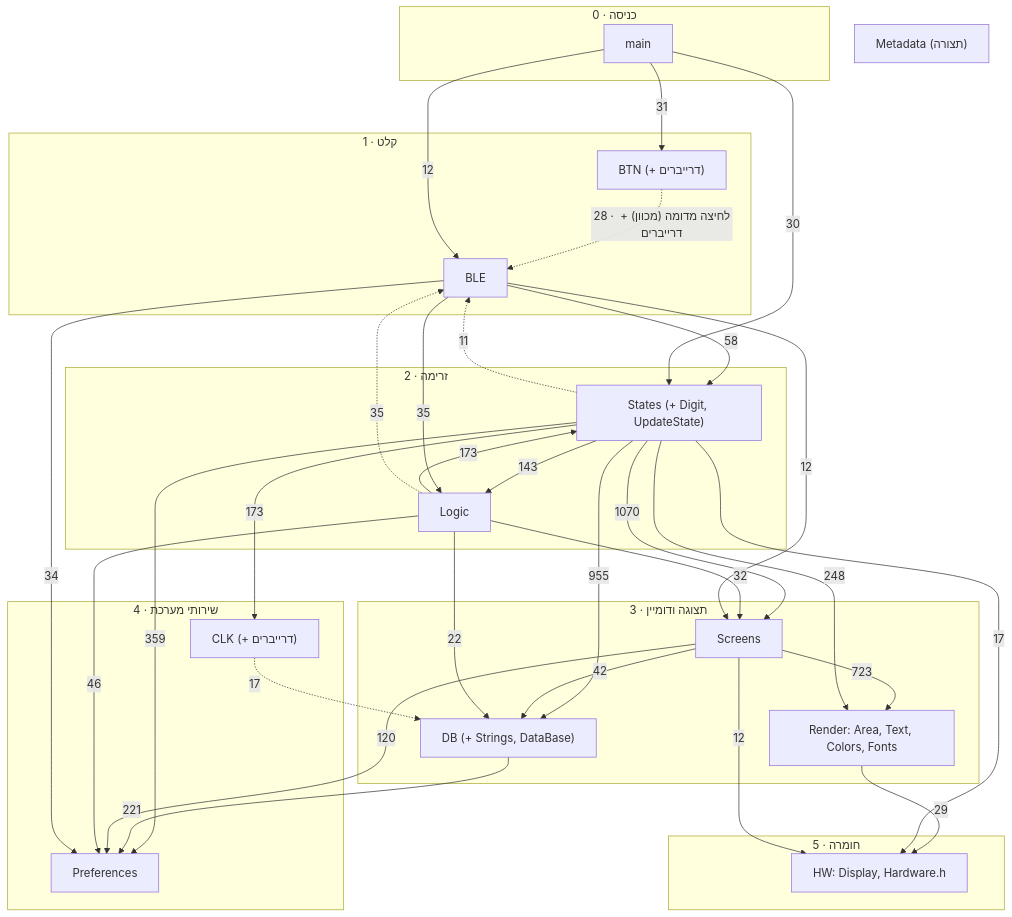
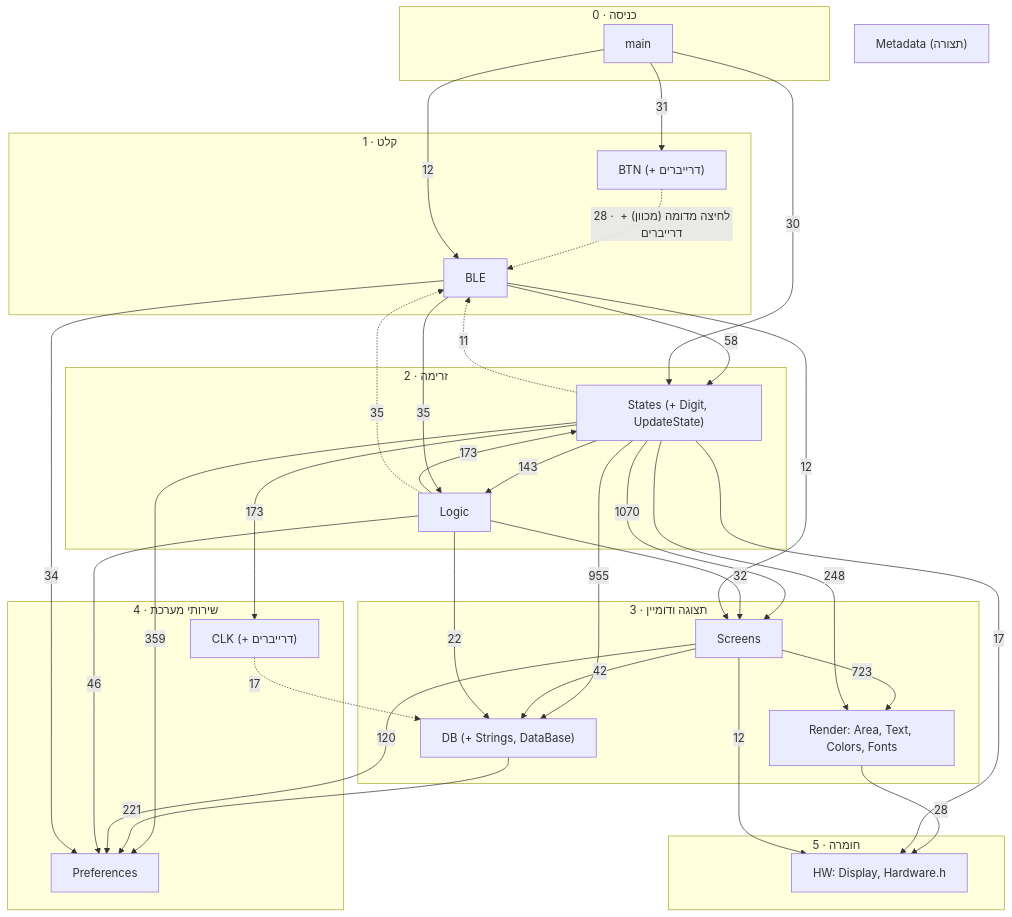
The first of 9 diagrams in docs/architecture/dependencies.md (yeudap/ledhaarets-fw), drawn with Mermaid before and after one commit. The commit also changed other lines of this file and 5 other files, not shown here.

````diff
--- a/docs/architecture/dependencies.md
+++ b/docs/architecture/dependencies.md
@@ -124,56 +124,56 @@
 ```mermaid
 flowchart TD
   subgraph L0["0 · כניסה"]
     MAIN["main"]
   end
   subgraph L1["1 · קלט"]
     BLE["BLE"]
     BTN["BTN (+ דרייברים)"]
   end
   subgraph L2["2 · זרימה"]
     LOGIC["Logic"]
     STATES["States (+ Digit, UpdateState)"]
   end
   subgraph L3["3 · תצוגה ודומיין"]
     SCREENS["Screens"]
     RENDER["Render: Area, Text, Colors, Fonts"]
     DB["DB (+ Strings, DataBase)"]
   end
   subgraph L4["4 · שירותי מערכת"]
     PREFS["Preferences"]
     CLK["CLK (+ דרייברים)"]
   end
   subgraph L5["5 · חומרה"]
     HW["HW: Display, Hardware.h"]
   end
   META["Metadata (תצורה)"]
 
   STATES -->|1070| SCREENS
   STATES -->|955| DB
   SCREENS -->|723| RENDER
   STATES -->|359| PREFS
   STATES -->|248| RENDER
   DB -->|221| PREFS
   LOGIC -->|173| STATES
   STATES -->|173| CLK
   STATES -->|143| LOGIC
   SCREENS -->|120| PREFS
   BLE -->|58| STATES
   LOGIC -->|46| PREFS
   SCREENS -->|42| DB
   BLE -->|35| LOGIC
   LOGIC -.->|35| BLE
   BLE -->|34| PREFS
   LOGIC -->|32| SCREENS
   MAIN -->|31| BTN
   MAIN -->|30| STATES
-  RENDER -->|29| HW
+  RENDER -->|28| HW
   BTN -.->|"28 · לחיצה מדומה (מכוון) + דרייברים"| BLE
   LOGIC -->|22| DB
   CLK -.->|17| DB
   STATES -->|17| HW
   MAIN -->|12| BLE
   BLE -->|12| SCREENS
   SCREENS -->|12| HW
   STATES -.->|11| BLE
 ```
````
